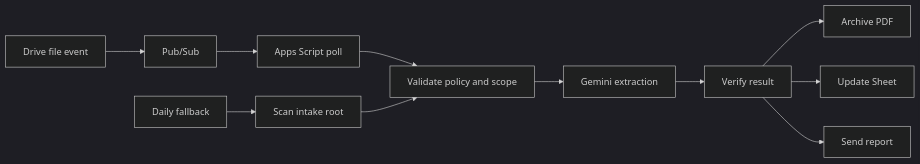
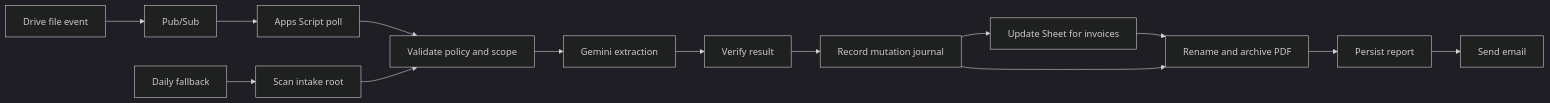
One commit to marcomc/Google-Drive-Utilities-Cataloger changed the diagram in README.md. Above: the diagram before and after it, drawn with Mermaid (dark theme). The commit also changed other lines of this file and 26 other files, not shown here.

````diff
--- a/README.md
+++ b/README.md
@@ -18,13 +19,16 @@
 ```mermaid
 flowchart LR
   event[Drive file event] --> pubsub[Pub/Sub]
   pubsub --> poll[Apps Script poll]
   daily[Daily fallback] --> scan[Scan intake root]
   poll --> policy[Validate policy and scope]
   scan --> policy
   policy --> gemini[Gemini extraction]
   gemini --> verify[Verify result]
-  verify --> drive[Archive PDF]
-  verify --> sheets[Update Sheet]
-  verify --> mail[Send report]
+  verify --> journal[Record mutation journal]
+  journal --> sheets[Update Sheet for invoices]
+  sheets --> drive[Rename and archive PDF]
+  journal --> drive
+  drive --> outbox[Persist report]
+  outbox --> mail[Send email]
 ```
````
